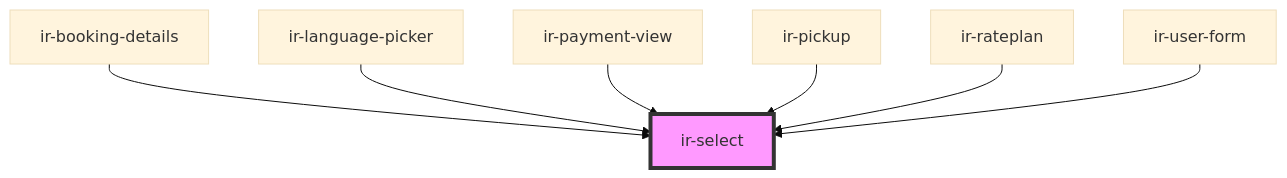
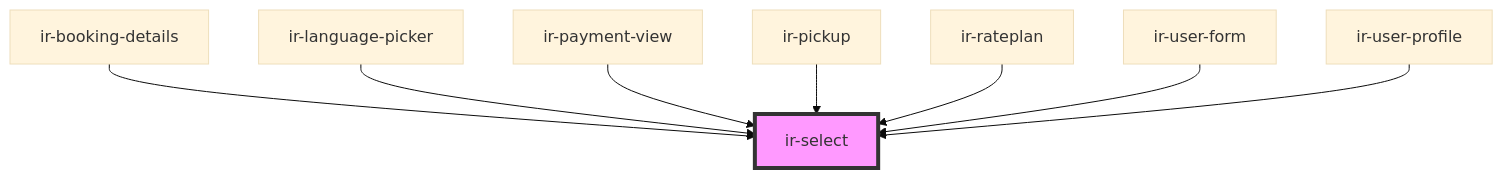
Before and after one commit to RonyRizk/ir-be: the diagram in src/components/ui/ir-select/readme.md, drawn with Mermaid (base theme). The commit also changed other lines of this file and 89 other files, not shown here.

````diff
--- a/src/components/ui/ir-select/readme.md
+++ b/src/components/ui/ir-select/readme.md
@@ -39,10 +40,11 @@
 ```mermaid
 graph TD;
   ir-booking-details --> ir-select
   ir-language-picker --> ir-select
   ir-payment-view --> ir-select
   ir-pickup --> ir-select
   ir-rateplan --> ir-select
   ir-user-form --> ir-select
+  ir-user-profile --> ir-select
   style ir-select fill:#f9f,stroke:#333,stroke-width:4px
 ```
````
